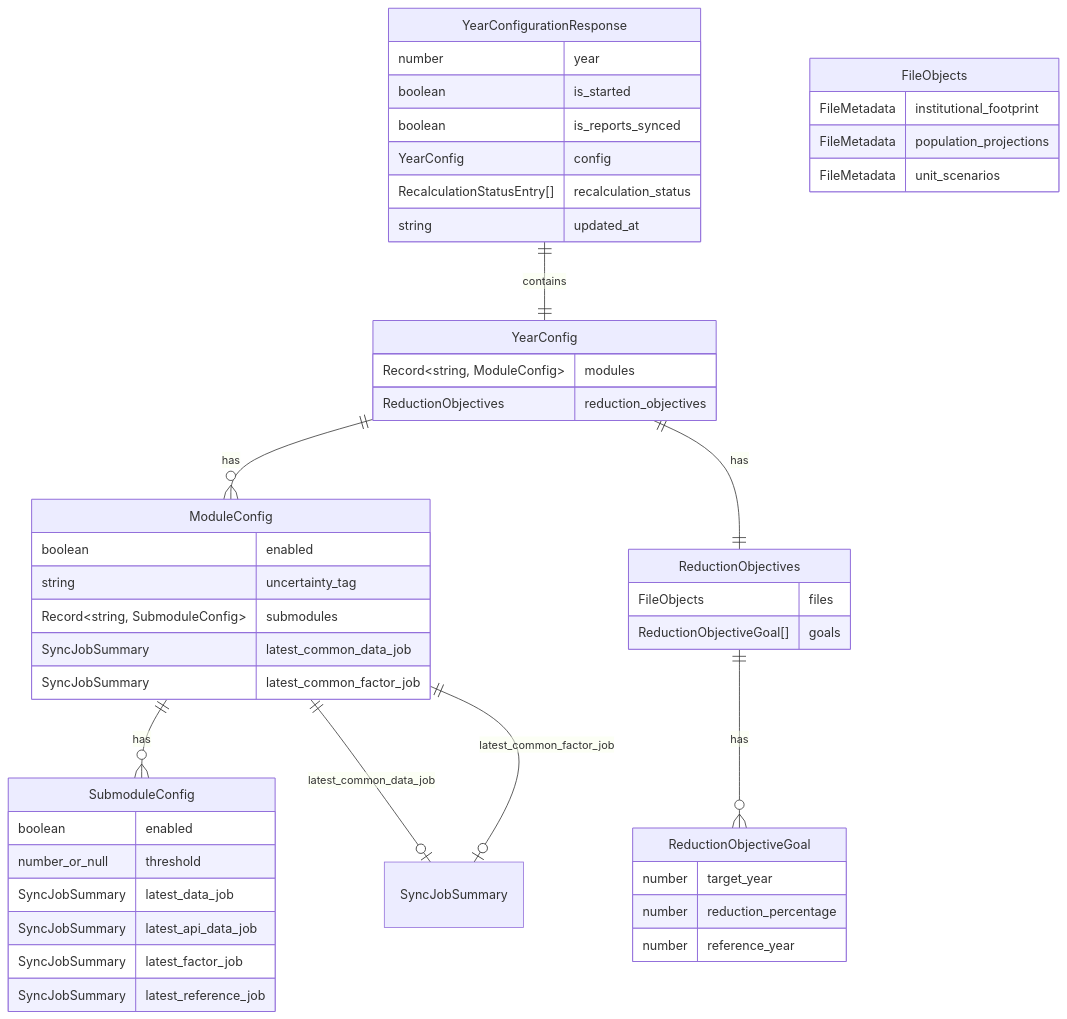
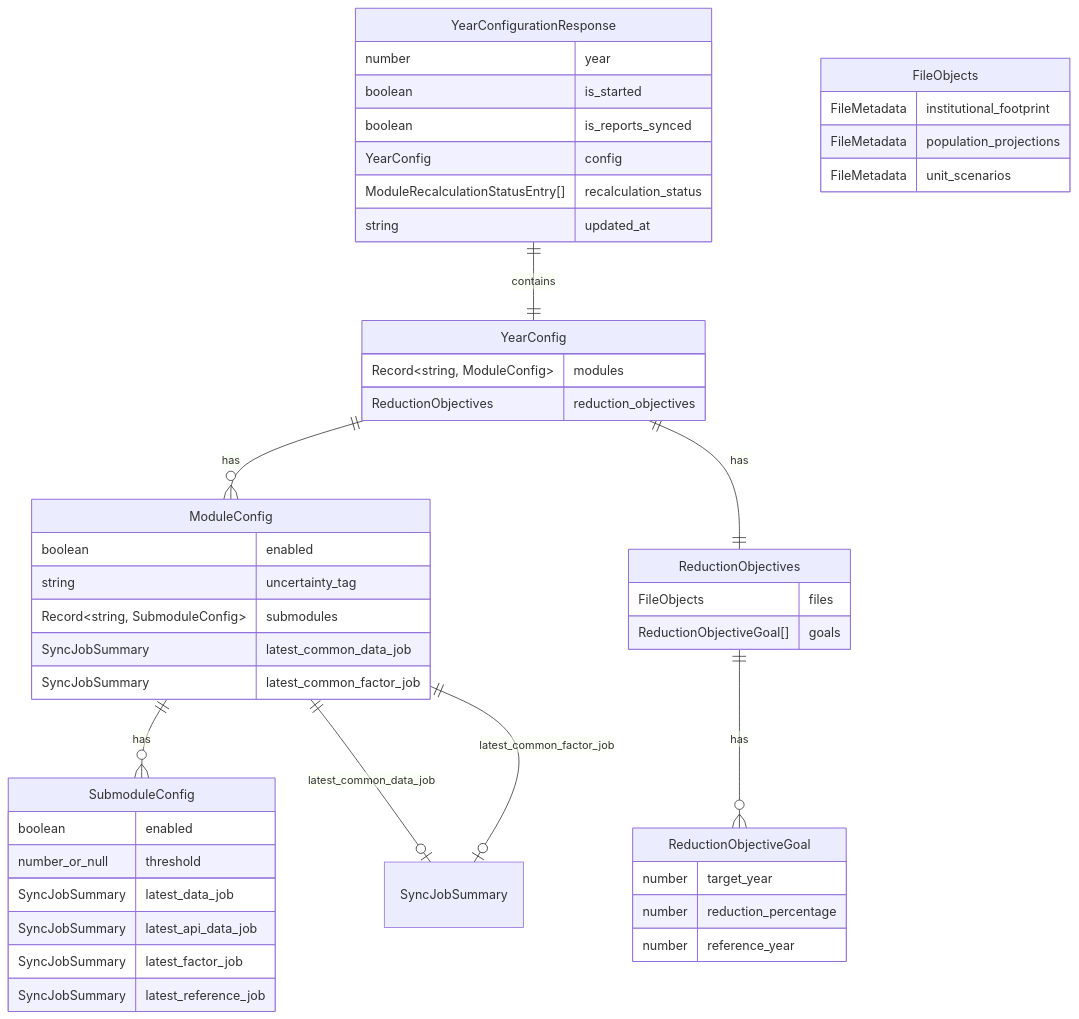
Before and after one commit to EPFL-ENAC/co2-calculator: the third of 7 diagrams in docs/src/frontend/data-management/modules-and-config.md, drawn with Mermaid. The commit also changed 3 other files, not shown here.

````diff
--- a/docs/src/frontend/data-management/modules-and-config.md
+++ b/docs/src/frontend/data-management/modules-and-config.md
@@ -79,58 +79,58 @@
 ```mermaid
 erDiagram
     YearConfigurationResponse {
         number year
         boolean is_started
         boolean is_reports_synced
         YearConfig config
-        RecalculationStatusEntry[] recalculation_status
+        ModuleRecalculationStatusEntry[] recalculation_status
         string updated_at
     }
 
     YearConfig {
         Record~string, ModuleConfig~ modules
         ReductionObjectives reduction_objectives
     }
 
     ModuleConfig {
         boolean enabled
         string uncertainty_tag
         Record~string, SubmoduleConfig~ submodules
         SyncJobSummary latest_common_data_job
         SyncJobSummary latest_common_factor_job
     }
 
     SubmoduleConfig {
         boolean enabled
         number_or_null threshold
         SyncJobSummary latest_data_job
         SyncJobSummary latest_api_data_job
         SyncJobSummary latest_factor_job
         SyncJobSummary latest_reference_job
     }
 
     ReductionObjectives {
         FileObjects files
         ReductionObjectiveGoal[] goals
     }
 
     FileObjects {
         FileMetadata institutional_footprint
         FileMetadata population_projections
         FileMetadata unit_scenarios
     }
 
     ReductionObjectiveGoal {
         number target_year
         number reduction_percentage
         number reference_year
     }
 
     YearConfigurationResponse ||--|| YearConfig : contains
     YearConfig ||--o{ ModuleConfig : has
     ModuleConfig ||--o{ SubmoduleConfig : has
     ModuleConfig ||--o| SyncJobSummary : latest_common_data_job
     ModuleConfig ||--o| SyncJobSummary : latest_common_factor_job
     YearConfig ||--|| ReductionObjectives : has
     ReductionObjectives ||--o{ ReductionObjectiveGoal : has
 ```
````
